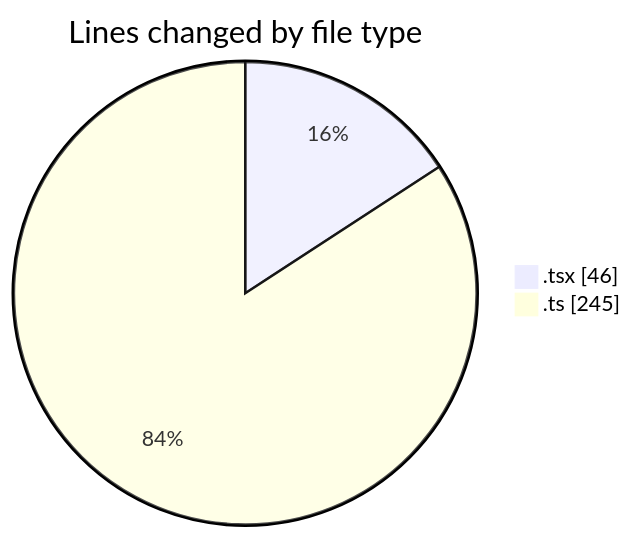
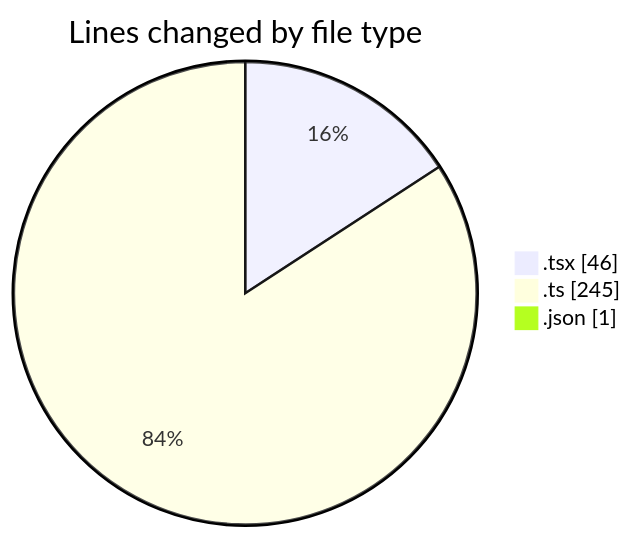
Before and after one commit to julien-gomy/code-tracking: the first of 2 diagrams in 2025-10-08/eventscop-frontend-guide__workspace_/README.md, drawn with Mermaid. The commit also changed other lines of this file and 1 other file, not shown here.

````diff
--- a/2025-10-08/eventscop-frontend-guide__workspace_/README.md
+++ b/2025-10-08/eventscop-frontend-guide__workspace_/README.md
@@ -22,6 +23,7 @@
 ```mermaid
 pie showData
 title Lines changed by file type
 ".tsx" : 46
 ".ts" : 245
+".json" : 1
 ```
````
